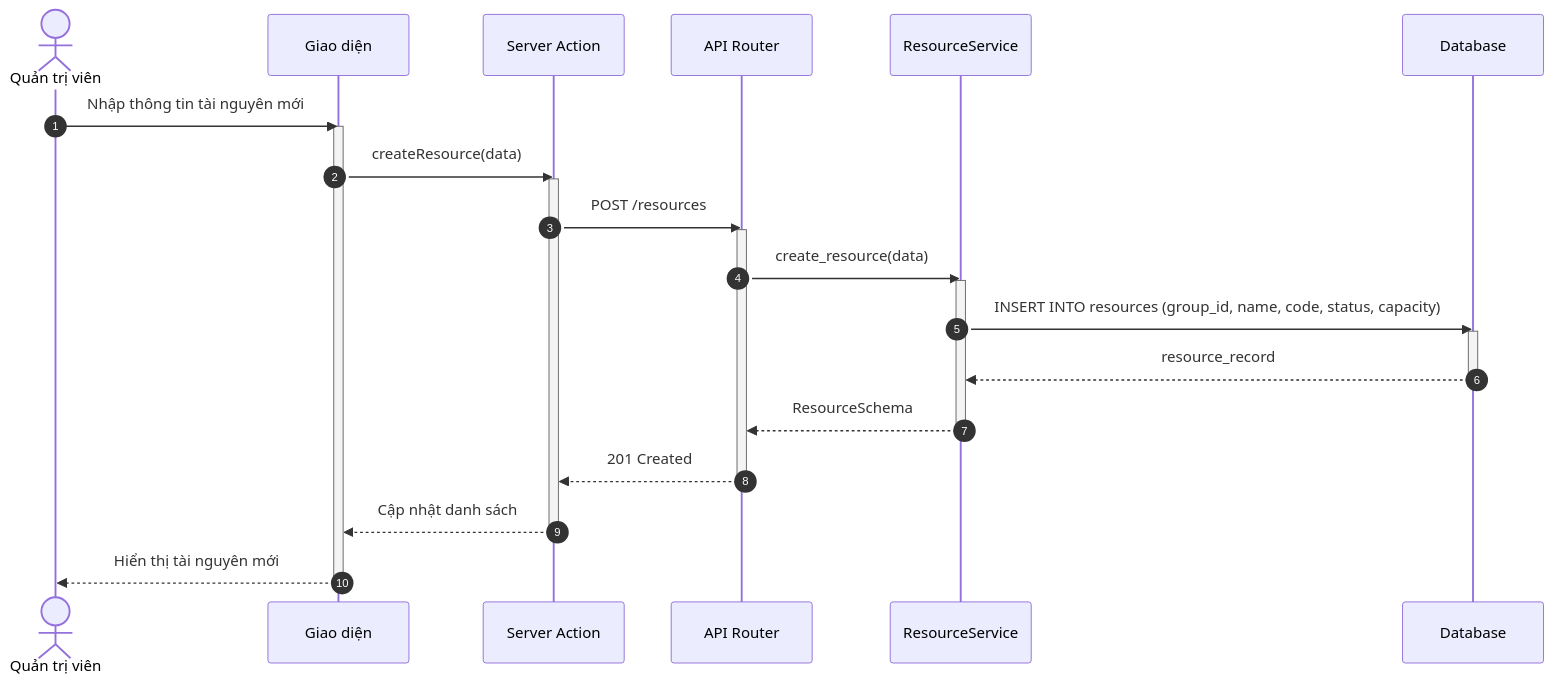
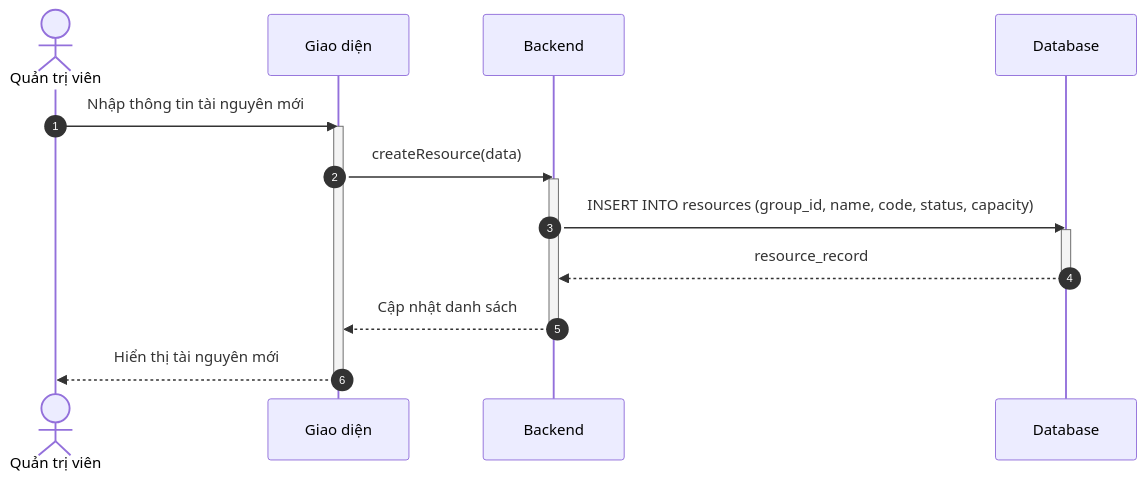
The second of 12 diagrams in docs/design/sequences/admin_flows.md (ngoctinn/Synapse), drawn with Mermaid before and after one commit. The commit also changed other lines of this file and 7 other files, not shown here.

Commit message:
docs: Add initial design documentation for authentication, user flows, and algorithm specification.

````diff
--- a/docs/design/sequences/admin_flows.md
+++ b/docs/design/sequences/admin_flows.md
@@ -76,38 +62,24 @@
 ```mermaid
 sequenceDiagram
     autonumber
     actor QTV as Quản trị viên
     participant UI as Giao diện
-    participant BFF as Server Action
-    participant API as API Router
-    participant S as ResourceService
+    participant BE as Backend
     participant DB as Database
 
     QTV->>UI: Nhập thông tin tài nguyên mới
     activate UI
-    UI->>BFF: createResource(data)
-    activate BFF
+    UI->>BE: createResource(data)
+    activate BE
 
-    BFF->>API: POST /resources
-    activate API
-
-    API->>S: create_resource(data)
-    activate S
-
-    S->>DB: INSERT INTO resources (group_id, name, code, status, capacity)
+    BE->>DB: INSERT INTO resources (group_id, name, code, status, capacity)
     activate DB
-    DB-->>S: resource_record
+    DB-->>BE: resource_record
     deactivate DB
 
-    S-->>API: ResourceSchema
-    deactivate S
-
-    API-->>BFF: 201 Created
-    deactivate API
-
-    BFF-->>UI: Cập nhật danh sách
-    deactivate BFF
+    BE-->>UI: Cập nhật danh sách
+    deactivate BE
 
     UI-->>QTV: Hiển thị tài nguyên mới
     deactivate UI
 ```
````
